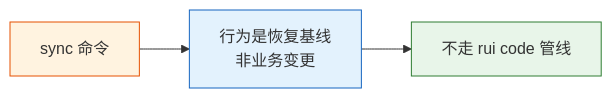
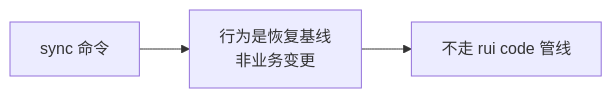
The seventh of 8 diagrams in rules/rui-claude.md (effiy/YrY), drawn with Mermaid before and after one commit. The commit also changed other lines of this file and 61 other files, not shown here.

````diff
--- a/rules/rui-claude.md
+++ b/rules/rui-claude.md
@@ -159,9 +136,6 @@
 ```mermaid
 flowchart LR
     SYNC_EX["sync 命令"]:::ex --> REASON["行为是恢复基线<br/>非业务变更"]:::reason
     REASON --> RESULT["不走 rui code 管线"]:::result
 
-    classDef ex fill:#fff3e0,stroke:#e65100;
-    classDef reason fill:#e3f2fd,stroke:#1565c0;
-    classDef result fill:#e8f5e9,stroke:#2e7d32;
 ```
````
